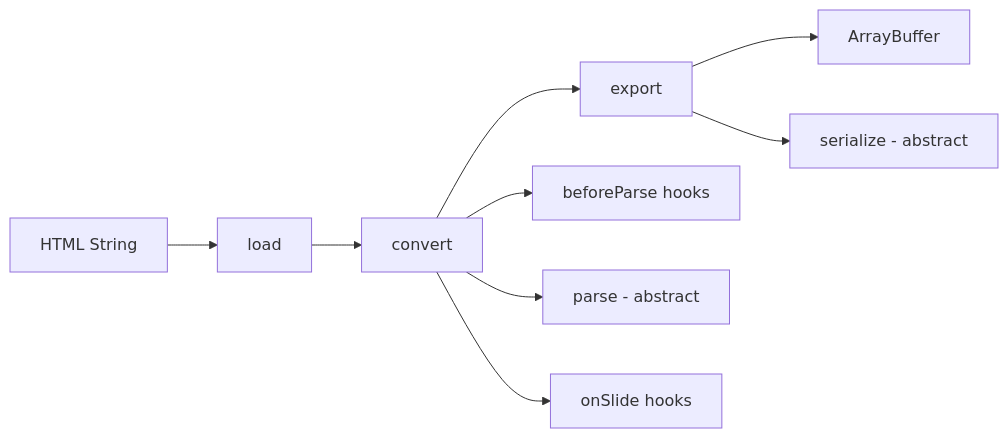
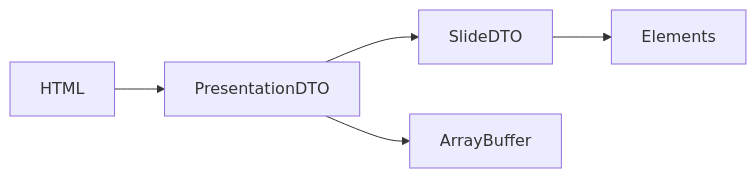
One commit to christphralden/html-in-pptx-out changed the second of 3 diagrams in README.md. Above: the diagram before and after it, drawn with Mermaid. The commit also changed other lines of this file, not shown here.

````diff
--- a/README.md
+++ b/README.md
@@ -88,12 +111,7 @@
 ```mermaid
 graph LR
-    A[HTML String] --> B[load]
-    B --> C[convert]
-    C --> D[export]
-    D --> E[ArrayBuffer]
-
-    C --> F[beforeParse hooks]
-    C --> G[parse - abstract]
-    C --> H[onSlide hooks]
-    D --> I[serialize - abstract]
+    A[HTML] --> B[PresentationDTO]
+    B --> C[SlideDTO]
+    C --> D[Elements]
+    B --> E[ArrayBuffer]
 ```
````
